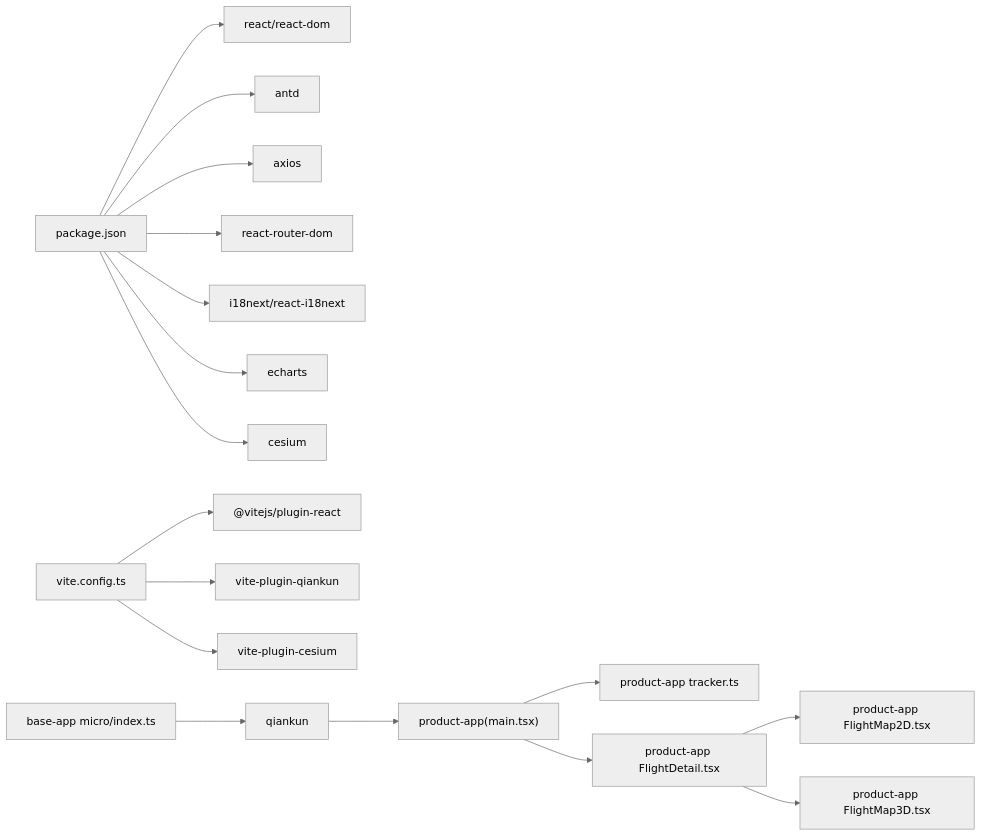
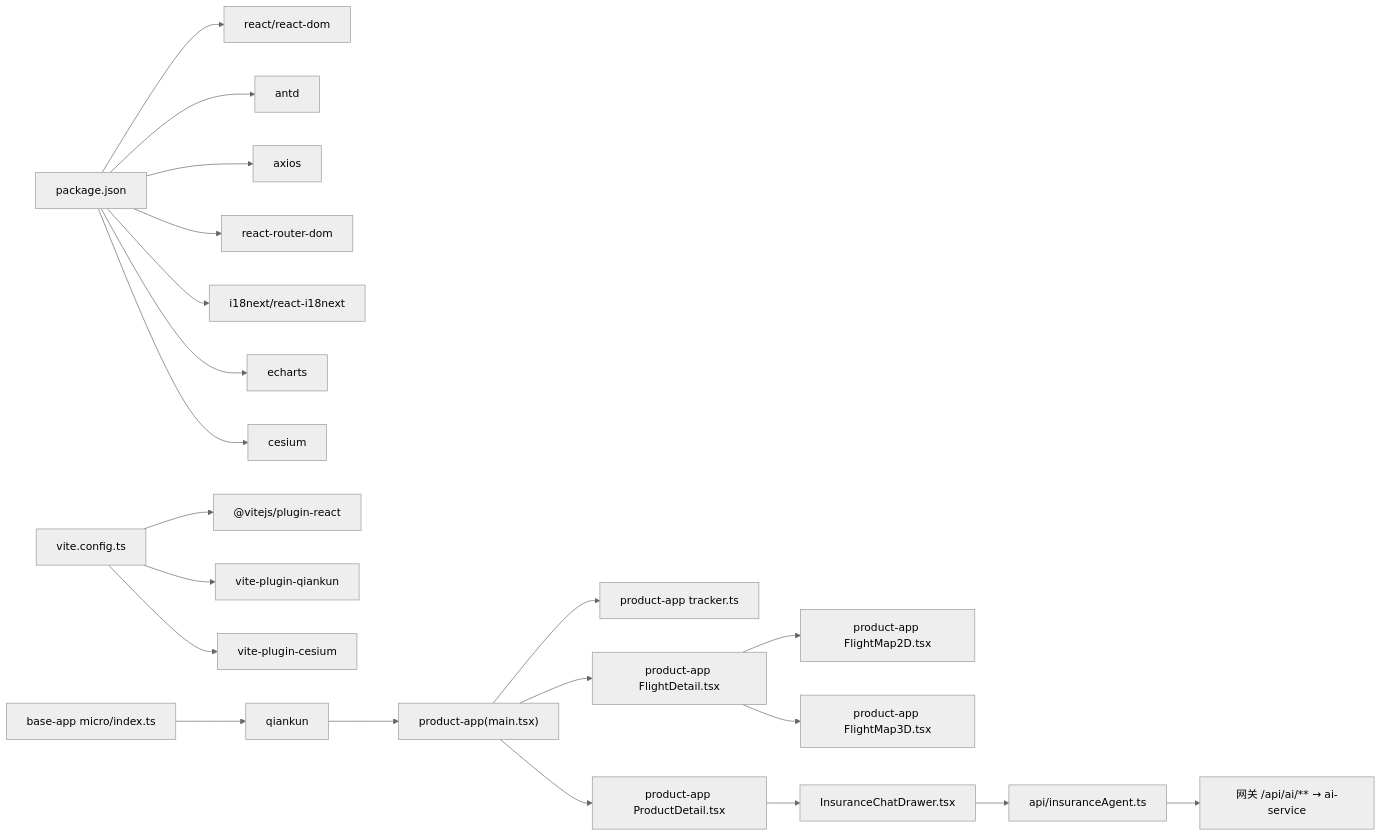
Before and after one commit to haohailiang/qoder-fullstack: diagram 11 of 11 in .qoder/repowiki/zh/content/前端架构设计/商品子应用(product-app)/商品子应用(product-app).md, drawn with Mermaid (neutral theme). The commit also changed other lines of this file and 33 other files, not shown here.

````diff
--- a/.qoder/repowiki/zh/content/前端架构设计/商品子应用(product-app)/商品子应用(product-app).md
+++ b/.qoder/repowiki/zh/content/前端架构设计/商品子应用(product-app)/商品子应用(product-app).md
@@ -514,19 +616,23 @@
 ```mermaid
 graph LR
 Pkg["package.json"] --> R["react/react-dom"]
 Pkg --> A["antd"]
 Pkg --> X["axios"]
 Pkg --> RR["react-router-dom"]
 Pkg --> I["i18next/react-i18next"]
 Pkg --> E["echarts"]
 Pkg --> C["cesium"]
 V["vite.config.ts"] --> VP["@vitejs/plugin-react"]
 V --> QP["vite-plugin-qiankun"]
 V --> CP["vite-plugin-cesium"]
 BA["base-app micro/index.ts"] --> Q["qiankun"]
 Q --> PA["product-app(main.tsx)"]
 PA --> TR["product-app tracker.ts"]
 PA --> FD["product-app FlightDetail.tsx"]
 FD --> FM2D["product-app FlightMap2D.tsx"]
 FD --> FM3D["product-app FlightMap3D.tsx"]
+PA --> PD["product-app ProductDetail.tsx"]
+PD --> DRW["InsuranceChatDrawer.tsx"]
+DRW --> IAG["api/insuranceAgent.ts"]
+IAG --> AI["网关 /api/ai/** → ai-service"]
 ```
````
